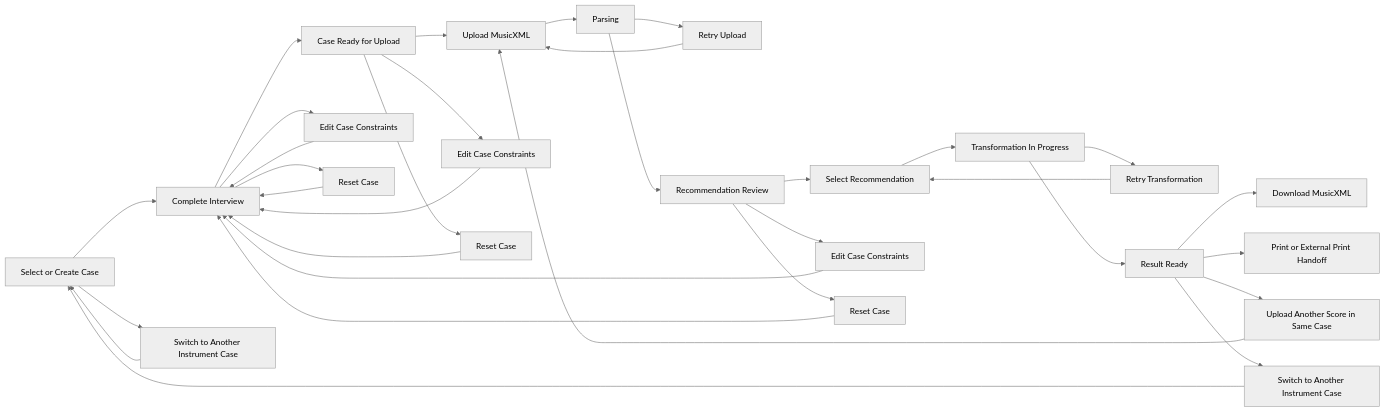
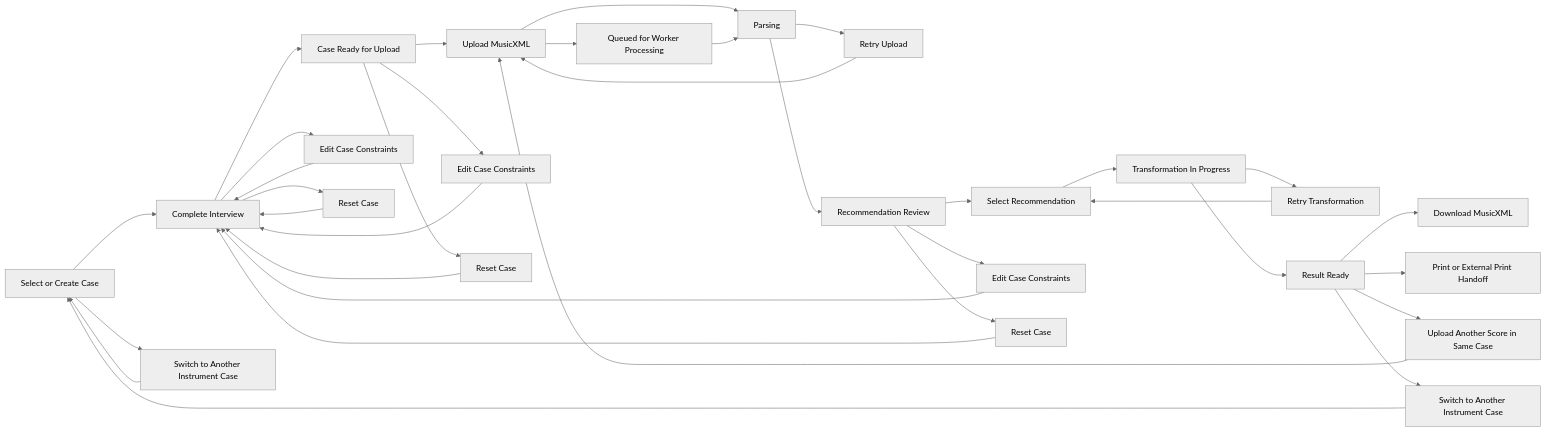
One commit to AnaKies/music-app changed the first of 2 diagrams in docs/architecture/frontend-state-mapping.md. Above: the diagram before and after it, drawn with Mermaid (neutral theme). The commit also changed other lines of this file and 14 other files, not shown here.

Commit message:
docs: align AI, frontend, and backend plans with architecture

````diff
--- a/docs/architecture/frontend-state-mapping.md
+++ b/docs/architecture/frontend-state-mapping.md
@@ -29,35 +29,37 @@
 ```mermaid
 flowchart LR
     A[Select or Create Case] --> B[Complete Interview]
     A --> A2[Switch to Another Instrument Case]
     A2 --> A
     B --> C[Case Ready for Upload]
     B --> B2[Edit Case Constraints]
     B2 --> B
     B --> B3[Reset Case]
     B3 --> B
     C --> D[Upload MusicXML]
     C --> C2[Edit Case Constraints]
     C2 --> B
     C --> C3[Reset Case]
     C3 --> B
     D --> E[Parsing]
+    D --> Q[Queued for Worker Processing]
+    Q --> E
     E --> E2[Retry Upload]
     E2 --> D
     E --> F[Recommendation Review]
     F --> G[Select Recommendation]
     F --> F2[Edit Case Constraints]
     F2 --> B
     F --> F3[Reset Case]
     F3 --> B
     G --> H[Transformation In Progress]
     H --> H2[Retry Transformation]
     H2 --> G
     H --> I[Result Ready]
     I --> J[Download MusicXML]
     I --> K[Print or External Print Handoff]
     I --> I2[Upload Another Score in Same Case]
     I2 --> D
     I --> I3[Switch to Another Instrument Case]
     I3 --> A
 ```
````
